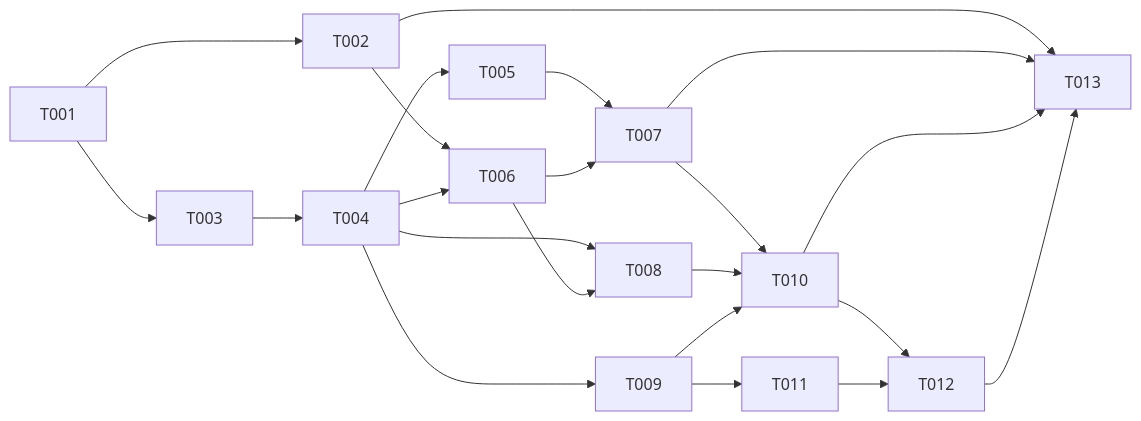
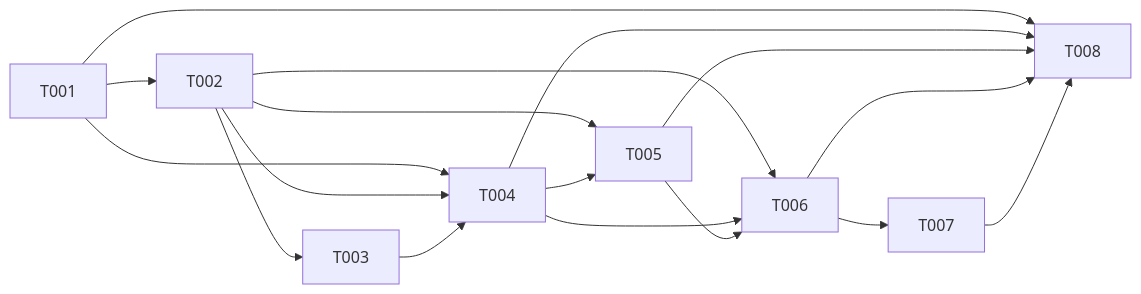
The diagram in docs/planning/modo-agenda/tickets/INDEX.md (raphab3/workcycle), drawn with Mermaid before and after one commit. The commit also changed other lines of this file and 20 other files, not shown here.

````diff
--- a/docs/planning/modo-agenda/tickets/INDEX.md
+++ b/docs/planning/modo-agenda/tickets/INDEX.md
@@ -62,24 +63,19 @@
 ```mermaid
 graph LR
     T001 --> T002
-    T001 --> T003
+    T002 --> T003
+    T001 --> T004
+    T002 --> T004
     T003 --> T004
+    T002 --> T005
     T004 --> T005
     T002 --> T006
     T004 --> T006
-    T005 --> T007
+    T005 --> T006
     T006 --> T007
+    T001 --> T008
     T004 --> T008
+    T005 --> T008
     T006 --> T008
-    T004 --> T009
-    T007 --> T010
-    T008 --> T010
-    T009 --> T010
-    T009 --> T011
-    T010 --> T012
-    T011 --> T012
-    T002 --> T013
-    T007 --> T013
-    T010 --> T013
-    T012 --> T013
+    T007 --> T008
 ```
````
